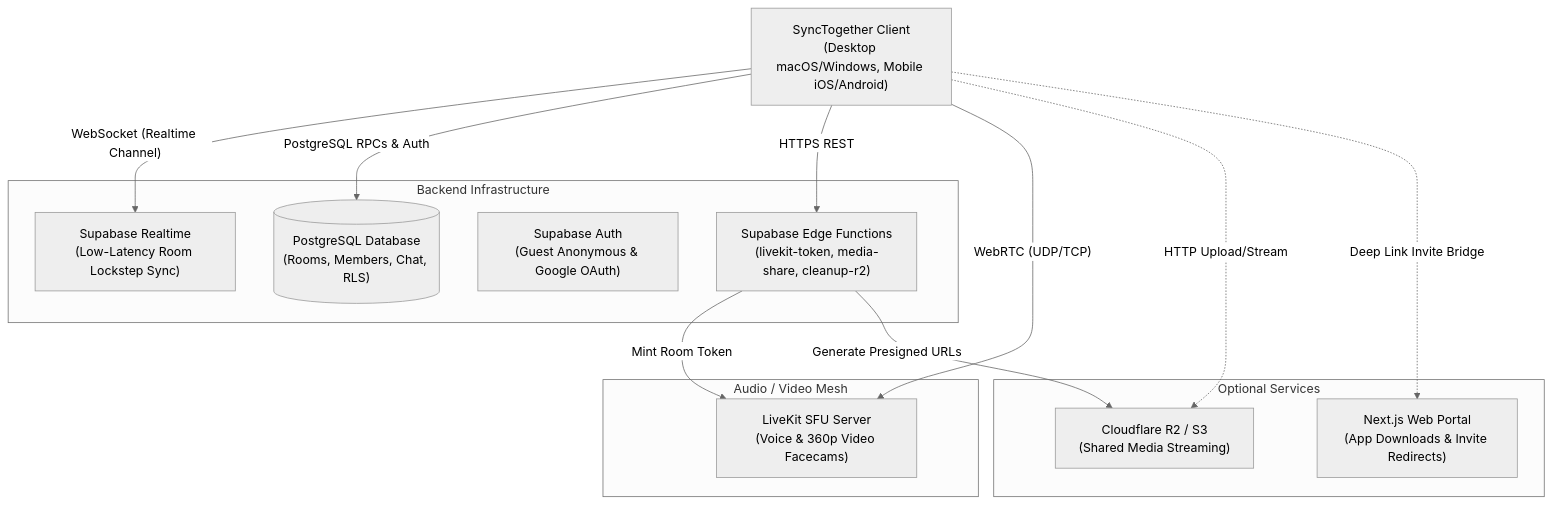
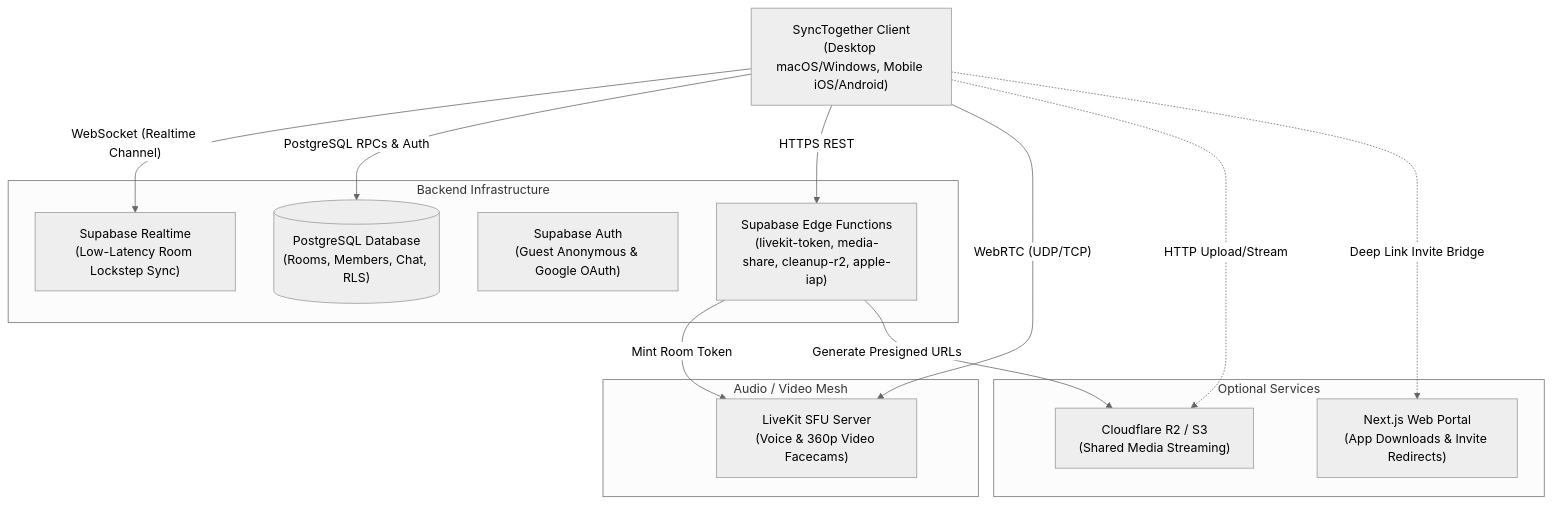
Before and after one commit to shubhamsinghshubham777/synctogether: the diagram in docs/self-hosting.md, drawn with Mermaid (neutral theme). The commit also changed other lines of this file and 9 other files, not shown here.

````diff
--- a/docs/self-hosting.md
+++ b/docs/self-hosting.md
@@ -11,29 +11,29 @@
 ```mermaid
 flowchart TD
     Client["SyncTogether Client<br/>(Desktop macOS/Windows, Mobile iOS/Android)"]
     
     subgraph Backend ["Backend Infrastructure"]
         DB[("PostgreSQL Database<br/>(Rooms, Members, Chat, RLS)")]
         Realtime["Supabase Realtime<br/>(Low-Latency Room Lockstep Sync)"]
         Auth["Supabase Auth<br/>(Guest Anonymous & Google OAuth)"]
-        Functions["Supabase Edge Functions<br/>(livekit-token, media-share, cleanup-r2)"]
+        Functions["Supabase Edge Functions<br/>(livekit-token, media-share, cleanup-r2, apple-iap)"]
     end
 
     subgraph AV ["Audio / Video Mesh"]
         LiveKit["LiveKit SFU Server<br/>(Voice & 360p Video Facecams)"]
     end
 
     subgraph Optional ["Optional Services"]
         R2["Cloudflare R2 / S3<br/>(Shared Media Streaming)"]
         Web["Next.js Web Portal<br/>(App Downloads & Invite Redirects)"]
     end
 
     Client -->|"WebSocket (Realtime Channel)"| Realtime
     Client -->|"PostgreSQL RPCs & Auth"| DB
     Client -->|"HTTPS REST"| Functions
     Client -->|"WebRTC (UDP/TCP)"| LiveKit
     Client -.->|"HTTP Upload/Stream"| R2
     Client -.->|"Deep Link Invite Bridge"| Web
     Functions -->|"Mint Room Token"| LiveKit
     Functions -->|"Generate Presigned URLs"| R2
 ```
````
